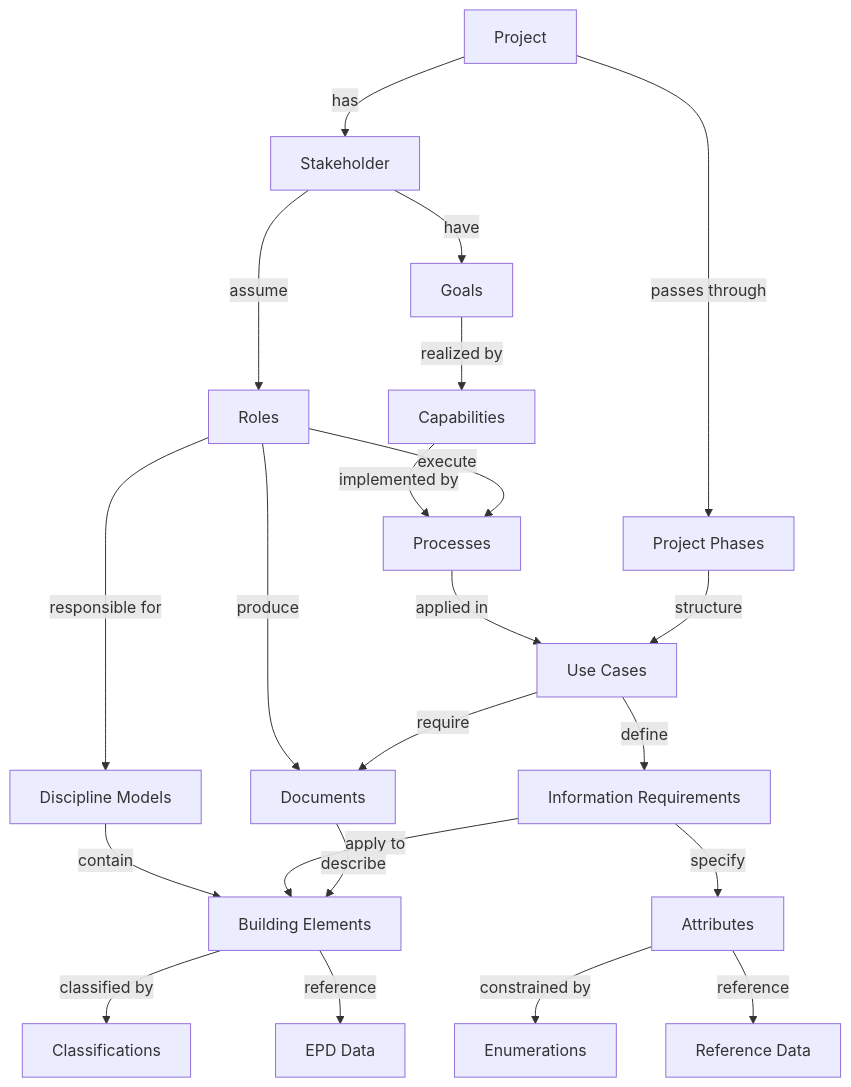
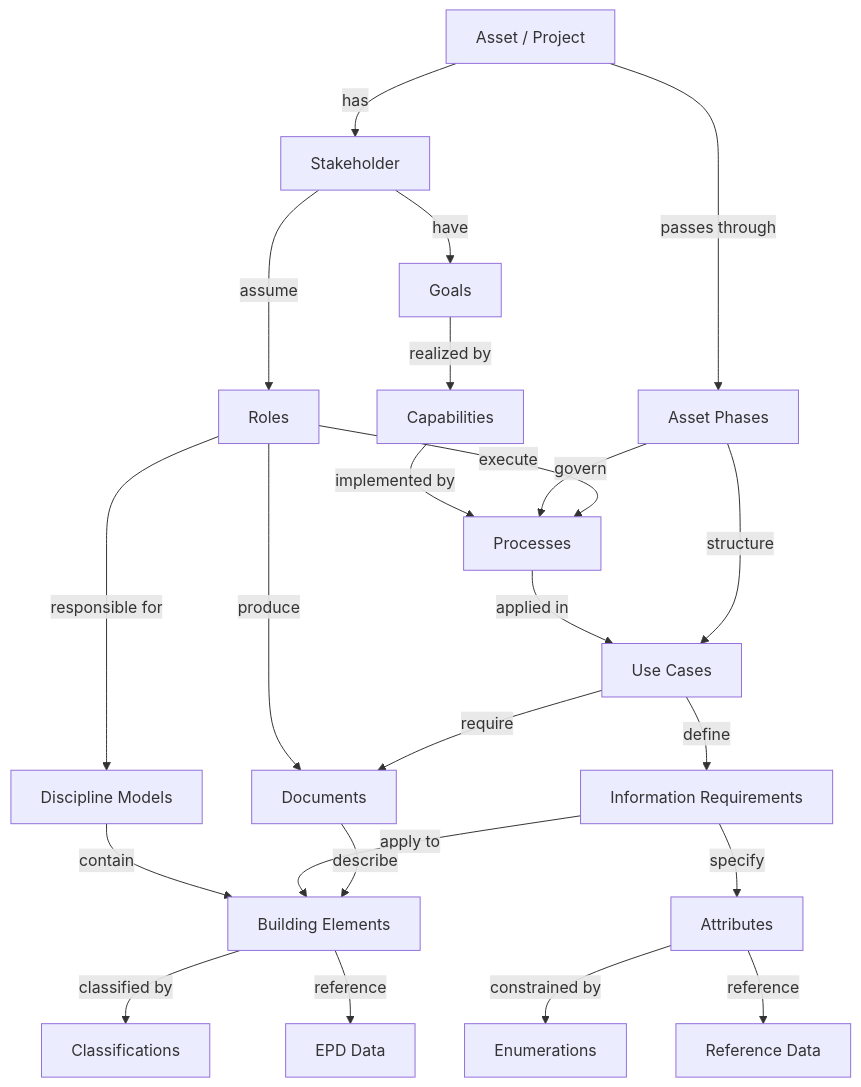
Before and after one commit to bbl-dres/kbob-fdk: the diagram in README.md, drawn with Mermaid. The commit also changed other lines of this file, not shown here.

````diff
--- a/README.md
+++ b/README.md
@@ -94,24 +93,25 @@
 ```mermaid
 flowchart TB
     STAKEHOLDER["Stakeholder"] -- have --> GOALS["Goals"]
     STAKEHOLDER -- assume --> ROLES["Roles"]
-    PROJECT["Project"] -- has --> STAKEHOLDER
-    PROJECT -- passes through --> PHASES["Project Phases"]
+    PROJECT["Asset / Project"] -- has --> STAKEHOLDER
+    PROJECT -- passes through --> PHASES["Asset Phases"]
     GOALS -- realized by --> CAPABILITIES["Capabilities"]
     CAPABILITIES -- implemented by --> PROCESSES["Processes"]
     PROCESSES -- applied in --> USECASES["Use Cases"]
     PHASES -- structure --> USECASES
+    PHASES -- govern --> PROCESSES
     ROLES -- execute --> PROCESSES
     ROLES -- responsible for --> MODELS["Discipline Models"]
     ROLES -- produce --> DOCUMENTS["Documents"]
     USECASES -- define --> LOIN["Information Requirements"]
     USECASES -- require --> DOCUMENTS
     MODELS -- contain --> ELEMENTS["Building Elements"]
     LOIN -- apply to --> ELEMENTS
     LOIN -- specify --> ATTRIBUTES["Attributes"]
     ELEMENTS -- classified by --> CLASSIFICATIONS["Classifications"]
     ELEMENTS -- reference --> EPDS["EPD Data"]
     ATTRIBUTES -- constrained by --> ENUMERATIONS["Enumerations"]
     ATTRIBUTES -- reference --> REFDATA["Reference Data"]
     DOCUMENTS -- describe --> ELEMENTS
 ```
````
